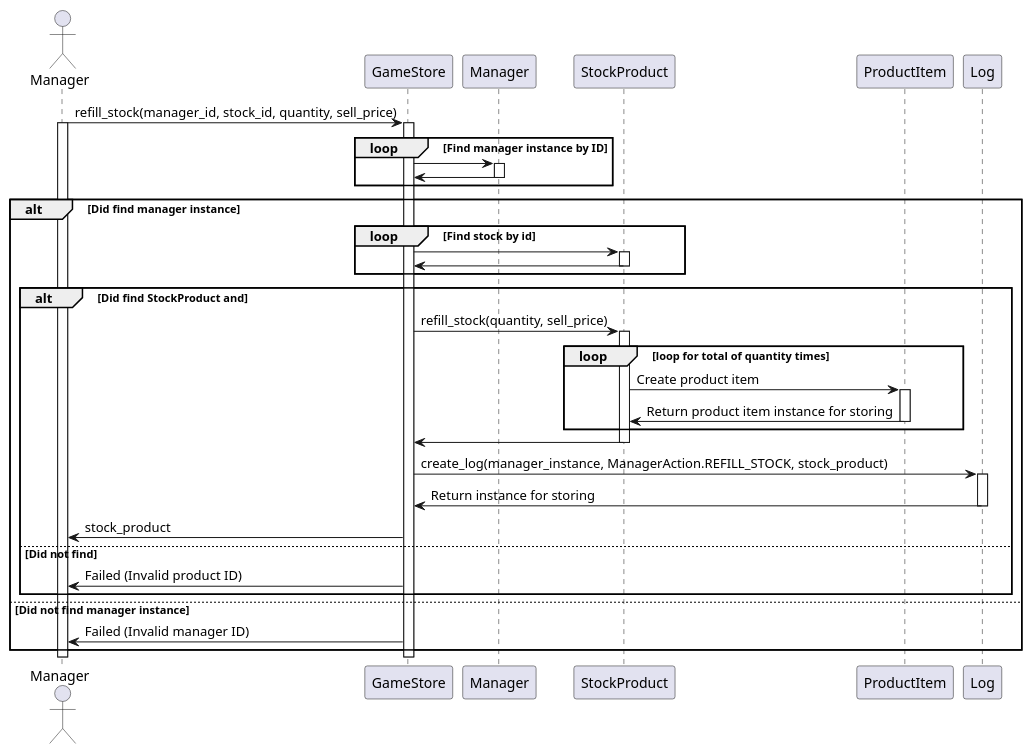
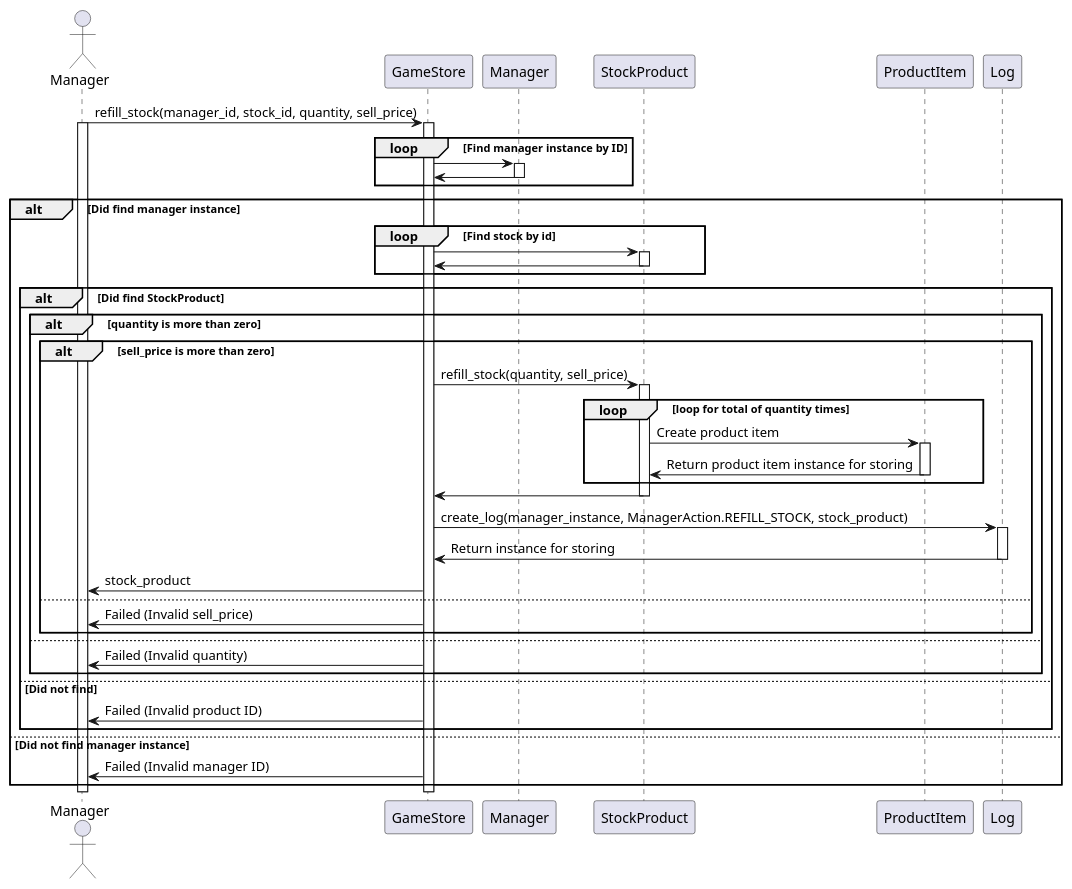
One commit to WaroonRagwongsiri/OOP_Project changed the diagram in SequenceDiagram/sequence_diagram_refill_stock.puml. Above: the diagram before and after it, drawn with PlantUML.

Commit message:
match the  refill_stock sequence diagram with the functionj

```diff
--- a/SequenceDiagram/sequence_diagram_refill_stock.puml
+++ b/SequenceDiagram/sequence_diagram_refill_stock.puml
@@ -1,52 +1,60 @@
 @startuml E
 
 actor Manager as ManagerA
 
 ManagerA -> GameStore : refill_stock(manager_id, stock_id, quantity, sell_price)
 activate ManagerA
 activate GameStore
 
 loop Find manager instance by ID
     GameStore -> Manager
     activate Manager
     Manager -> GameStore
     deactivate Manager
 end
 
 alt Did find manager instance
     loop Find stock by id
         GameStore -> StockProduct
         activate StockProduct
         StockProduct -> GameStore
         deactivate StockProduct
     end
 
-    alt Did find StockProduct and 
-        GameStore -> StockProduct : refill_stock(quantity, sell_price)
-        activate StockProduct
-        loop loop for total of quantity times
-            StockProduct -> ProductItem : Create product item
-            activate ProductItem
-            ProductItem -> StockProduct : Return product item instance for storing
-            deactivate ProductItem
+    alt Did find StockProduct
+        alt quantity is more than zero
+            alt sell_price is more than zero
+                GameStore -> StockProduct : refill_stock(quantity, sell_price)
+                activate StockProduct
+                loop loop for total of quantity times
+                    StockProduct -> ProductItem : Create product item
+                    activate ProductItem
+                    ProductItem -> StockProduct : Return product item instance for storing
+                    deactivate ProductItem
+                end
+                StockProduct -> GameStore
+                deactivate StockProduct
+
+                GameStore -> Log : create_log(manager_instance, ManagerAction.REFILL_STOCK, stock_product)
+                activate Log
+                Log -> GameStore : Return instance for storing
+                deactivate Log
+
+                GameStore -> ManagerA : stock_product
+            else
+                GameStore -> ManagerA : Failed (Invalid sell_price)
+            end
+        else 
+            GameStore -> ManagerA : Failed (Invalid quantity)
         end
-        StockProduct -> GameStore
-        deactivate StockProduct
-
-        GameStore -> Log : create_log(manager_instance, ManagerAction.REFILL_STOCK, stock_product)
-        activate Log
-        Log -> GameStore : Return instance for storing
-        deactivate Log
-
-        GameStore -> ManagerA : stock_product
     else Did not find
         GameStore -> ManagerA : Failed (Invalid product ID)
     end
 else Did not find manager instance
     GameStore -> ManagerA : Failed (Invalid manager ID)
 end
 
 deactivate GameStore
 deactivate ManagerA
 
 @enduml
```
